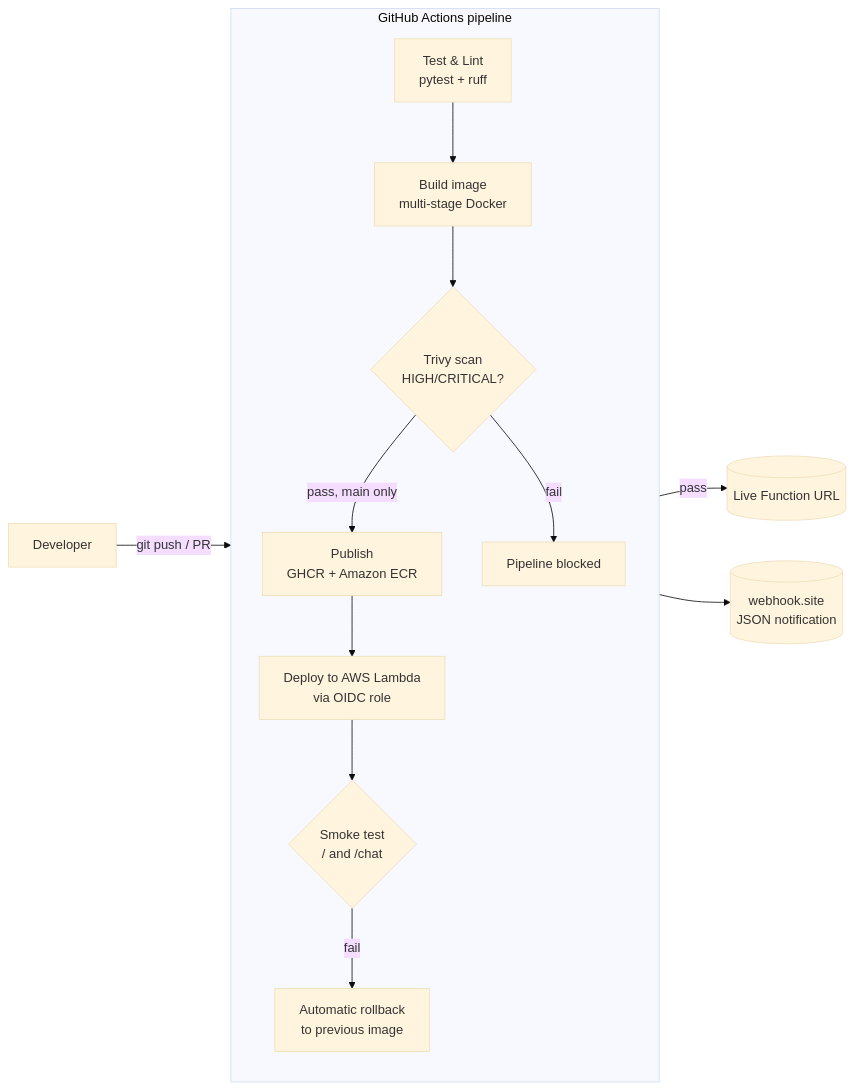
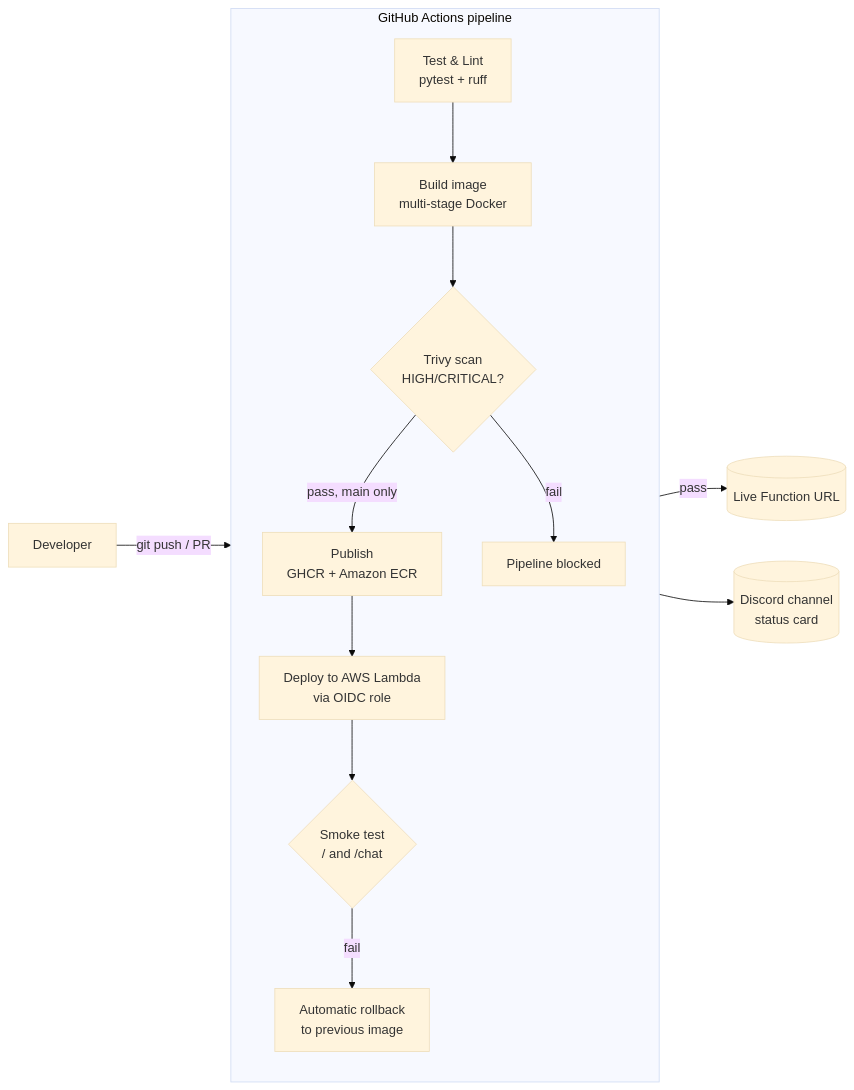
One commit to ANUJ7MADKE/chatbot-cicd-pipeline changed the diagram in README.md. Above: the diagram before and after it, drawn with Mermaid (base theme). The commit also changed other lines of this file and 1 other file, not shown here.

First line of the commit message:
ci: send Discord embed cards when the notification webhook is a Discord URL

````diff
--- a/README.md
+++ b/README.md
@@ -7,18 +7,18 @@
 ```mermaid
 flowchart LR
     Dev[Developer] -->|git push / PR| GH
 
     subgraph GH[GitHub Actions pipeline]
         direction TB
         T[Test & Lint<br/>pytest + ruff] --> B[Build image<br/>multi-stage Docker]
         B --> V{Trivy scan<br/>HIGH/CRITICAL?}
         V -->|pass, main only| P[Publish<br/>GHCR + Amazon ECR]
         V -->|fail| X[Pipeline blocked]
         P --> D[Deploy to AWS Lambda<br/>via OIDC role]
         D --> S{Smoke test<br/>/ and /chat}
         S -->|fail| R[Automatic rollback<br/>to previous image]
     end
 
     S -->|pass| L[(Live Function URL)]
-    GH --> W[(webhook.site<br/>JSON notification)]
+    GH --> W[(Discord channel<br/>status card)]
 ```
````
